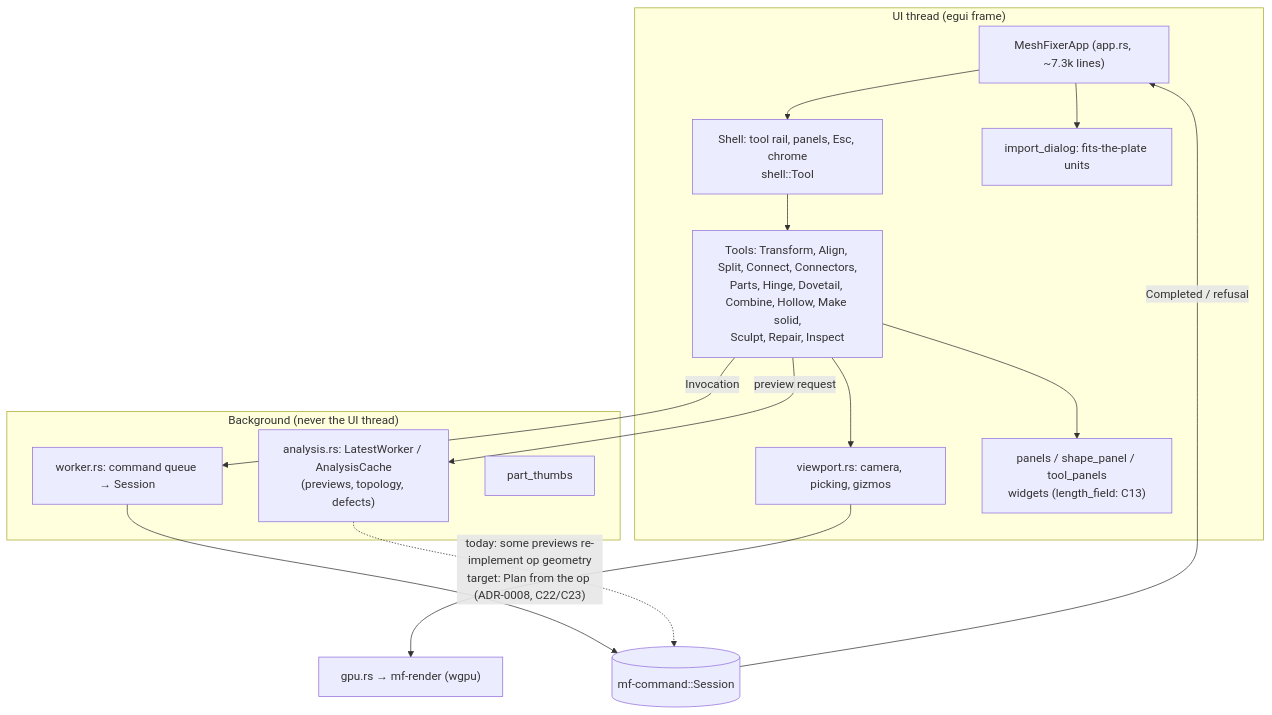
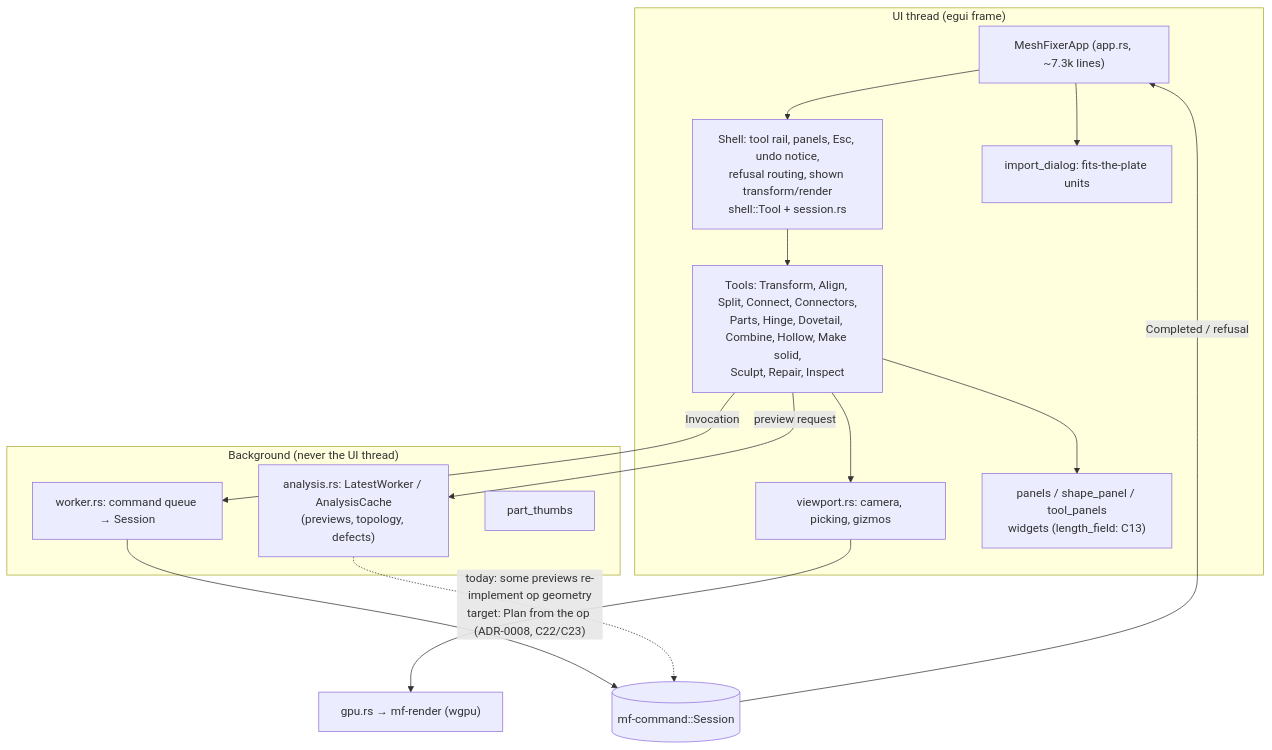
The sixth of 7 diagrams in docs/architecture-as-built.md (thevgergroup/MeshFixer), drawn with Mermaid before and after one commit. The commit also changed other lines of this file, not shown here.

Commit message:
docs: as-built §5 records the ToolSession contract (C21)

````diff
--- a/docs/architecture-as-built.md
+++ b/docs/architecture-as-built.md
@@ -231,30 +231,30 @@
 ```mermaid
 flowchart TB
   subgraph UI["UI thread (egui frame)"]
     App["MeshFixerApp (app.rs, ~7.3k lines)"]
-    Shell["Shell: tool rail, panels, Esc, chrome<br/>shell::Tool"]
+    Shell["Shell: tool rail, panels, Esc, undo notice,<br/>refusal routing, shown transform/render<br/>shell::Tool + session.rs"]
     Tools["Tools: Transform, Align, Split, Connect, Connectors,<br/>Parts, Hinge, Dovetail, Combine, Hollow, Make solid,<br/>Sculpt, Repair, Inspect"]
     Viewport["viewport.rs: camera, picking, gizmos"]
     Panels["panels / shape_panel / tool_panels<br/>widgets (length_field: C13)"]
     Import["import_dialog: fits-the-plate units"]
   end
 
   subgraph BG["Background (never the UI thread)"]
     Worker["worker.rs: command queue → Session"]
     Previews["analysis.rs: LatestWorker / AnalysisCache<br/>(previews, topology, defects)"]
     Thumbs["part_thumbs"]
   end
 
   GPU["gpu.rs → mf-render (wgpu)"]
   Session[("mf-command::Session")]
 
   App --> Shell --> Tools
   Tools --> Panels
   Tools --> Viewport
   App --> Import
   Tools -- Invocation --> Worker --> Session
   Tools -- preview request --> Previews
   Previews -. "today: some previews re-implement op geometry<br/>target: Plan from the op (ADR-0008, C22/C23)" .-> Session
   Viewport --> GPU
   Session -- Completed / refusal --> App
 ```
````
